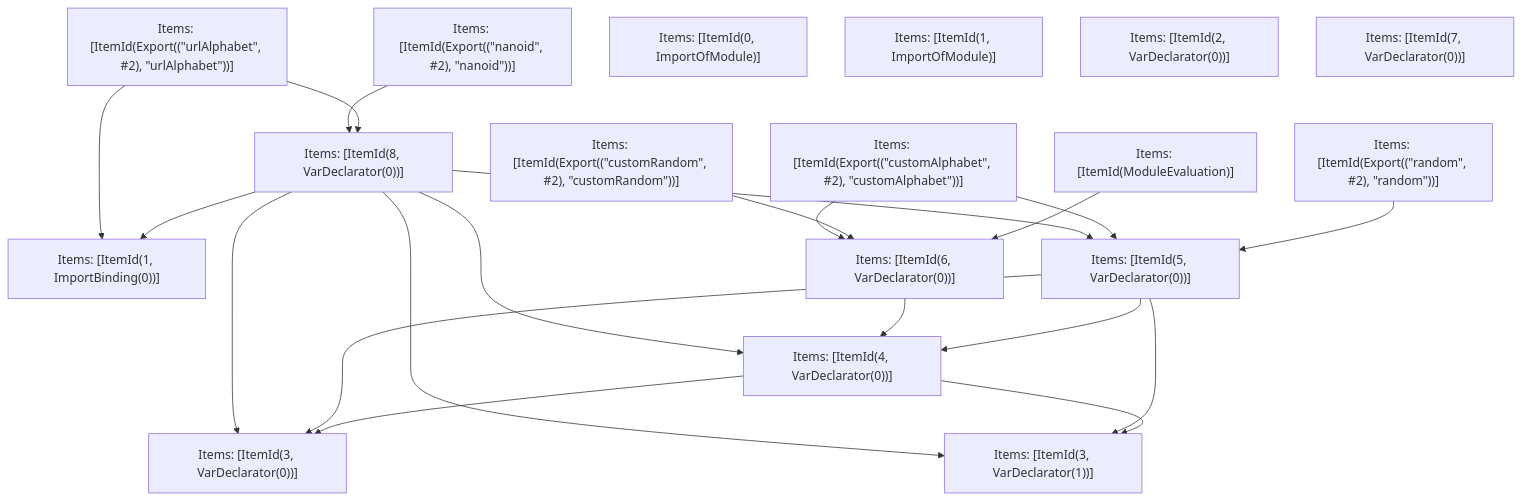
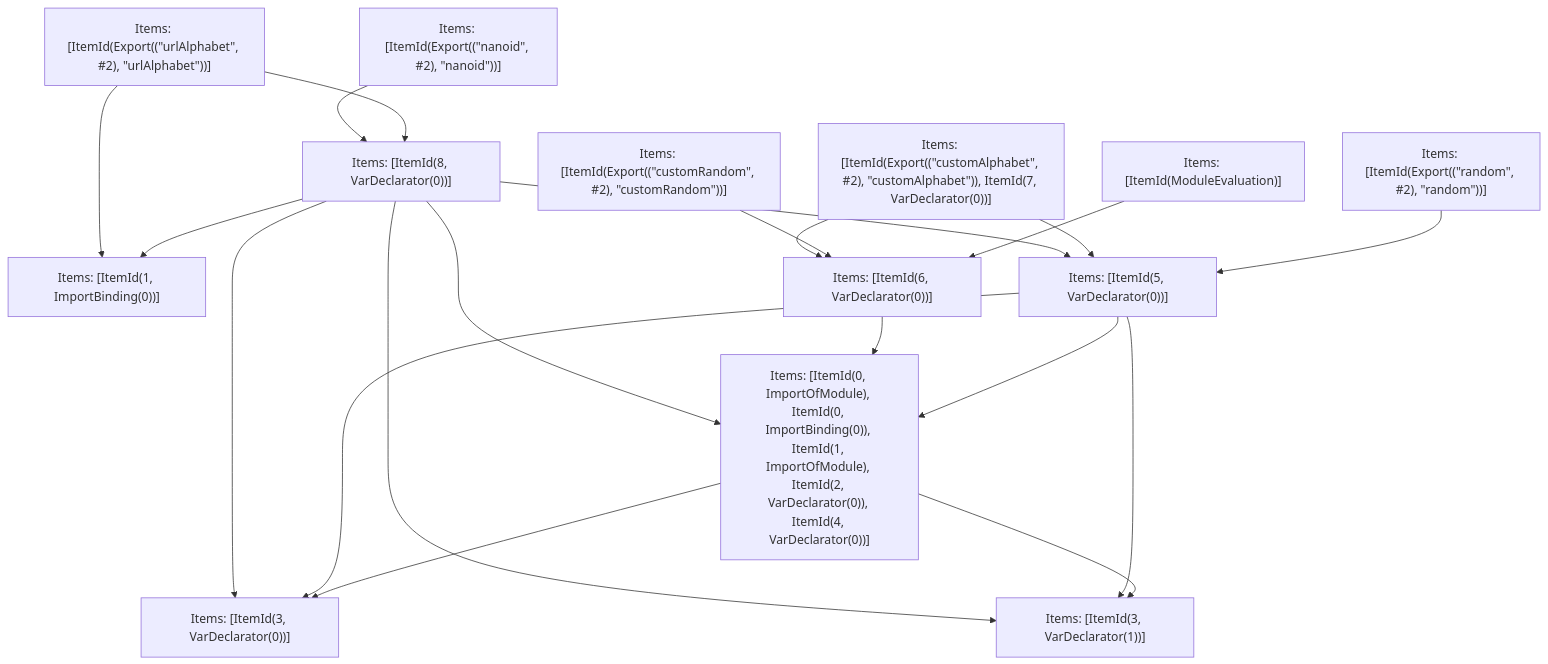
Before and after one commit to Sonar-UX-Testing-FreePlan/next.js: the fifth of 5 diagrams in turbopack/crates/turbopack-ecmascript/tests/tree-shaker/analyzer/nanoid/output.md, drawn with Mermaid. The commit also changed other lines of this file and 38 other files, not shown here.

````diff
--- a/turbopack/crates/turbopack-ecmascript/tests/tree-shaker/analyzer/nanoid/output.md
+++ b/turbopack/crates/turbopack-ecmascript/tests/tree-shaker/analyzer/nanoid/output.md
@@ -349,39 +349,35 @@
 ```mermaid
 graph TD
     N0["Items: [ItemId(ModuleEvaluation)]"];
-    N1["Items: [ItemId(Export((&quot;customAlphabet&quot;, #2), &quot;customAlphabet&quot;))]"];
+    N1["Items: [ItemId(Export((&quot;customAlphabet&quot;, #2), &quot;customAlphabet&quot;)), ItemId(7, VarDeclarator(0))]"];
     N2["Items: [ItemId(Export((&quot;customRandom&quot;, #2), &quot;customRandom&quot;))]"];
     N3["Items: [ItemId(Export((&quot;nanoid&quot;, #2), &quot;nanoid&quot;))]"];
     N4["Items: [ItemId(Export((&quot;random&quot;, #2), &quot;random&quot;))]"];
     N5["Items: [ItemId(Export((&quot;urlAlphabet&quot;, #2), &quot;urlAlphabet&quot;))]"];
-    N6["Items: [ItemId(1, ImportBinding(0))]"];
-    N7["Items: [ItemId(3, VarDeclarator(0))]"];
-    N8["Items: [ItemId(3, VarDeclarator(1))]"];
-    N9["Items: [ItemId(4, VarDeclarator(0))]"];
+    N6["Items: [ItemId(0, ImportOfModule), ItemId(0, ImportBinding(0)), ItemId(1, ImportOfModule), ItemId(2, VarDeclarator(0)), ItemId(4, VarDeclarator(0))]"];
+    N7["Items: [ItemId(1, ImportBinding(0))]"];
+    N8["Items: [ItemId(3, VarDeclarator(0))]"];
+    N9["Items: [ItemId(3, VarDeclarator(1))]"];
     N10["Items: [ItemId(5, VarDeclarator(0))]"];
     N11["Items: [ItemId(6, VarDeclarator(0))]"];
     N12["Items: [ItemId(8, VarDeclarator(0))]"];
-    N13["Items: [ItemId(0, ImportOfModule)]"];
-    N14["Items: [ItemId(1, ImportOfModule)]"];
-    N15["Items: [ItemId(2, VarDeclarator(0))]"];
-    N16["Items: [ItemId(7, VarDeclarator(0))]"];
     N0 --> N11;
-    N9 --> N7;
+    N6 --> N8;
     N5 --> N12;
     N2 --> N11;
-    N9 --> N8;
+    N6 --> N9;
     N4 --> N10;
+    N10 --> N6;
+    N10 --> N8;
     N10 --> N9;
-    N10 --> N7;
-    N10 --> N8;
-    N11 --> N9;
+    N11 --> N6;
     N1 --> N10;
     N1 --> N11;
+    N12 --> N6;
     N12 --> N9;
+    N12 --> N7;
+    N12 --> N10;
     N12 --> N8;
-    N12 --> N6;
-    N12 --> N10;
-    N12 --> N7;
     N3 --> N12;
-    N5 --> N6;
+    N5 --> N7;
 ```
````
